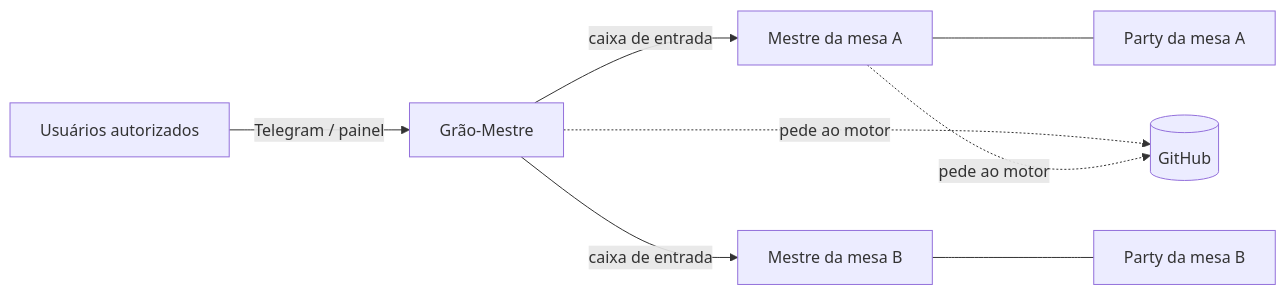
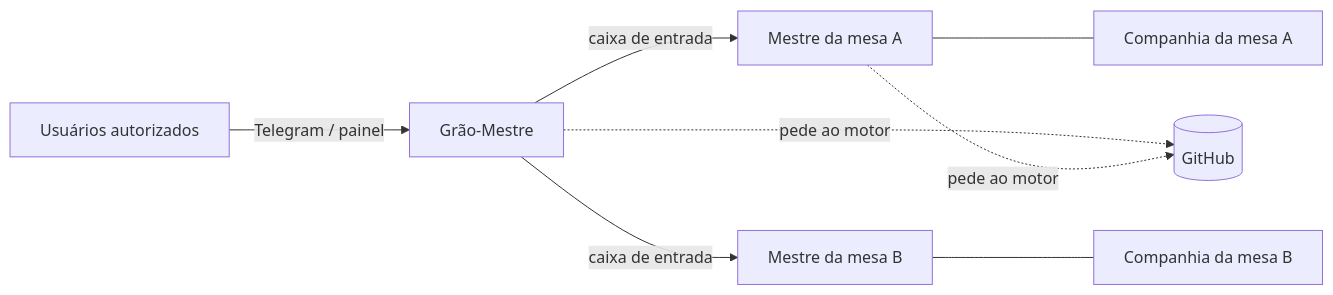
The diagram in docs/produto/visao.md (lucasndas/mestre), drawn with Mermaid before and after one commit. The commit also changed other lines of this file and 298 other files, not shown here.

````diff
--- a/docs/produto/visao.md
+++ b/docs/produto/visao.md
@@ -50,10 +50,10 @@
 ```mermaid
 flowchart LR
   U[Usuários autorizados] -- Telegram / painel --> GM[Grão-Mestre]
   GM -- caixa de entrada --> M1[Mestre da mesa A]
   GM -- caixa de entrada --> M2[Mestre da mesa B]
-  M1 --- P1[Party da mesa A]
-  M2 --- P2[Party da mesa B]
+  M1 --- P1[Companhia da mesa A]
+  M2 --- P2[Companhia da mesa B]
   GM -. pede ao motor .-> GH[(GitHub)]
   M1 -. pede ao motor .-> GH
 ```
````
